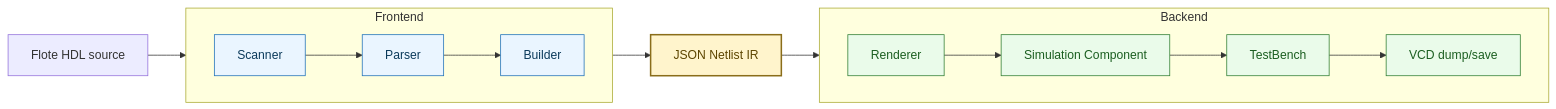
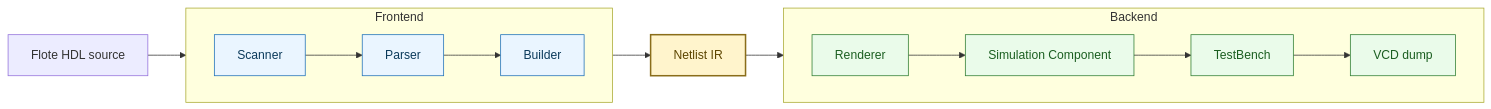
Before and after one commit to icarogabryel/flote: the diagram in README.md, drawn with Mermaid. The commit also changed other lines of this file and 1 other file, not shown here.

````diff
--- a/README.md
+++ b/README.md
@@ -43,29 +74,30 @@
 ```mermaid
 flowchart LR
-  A[Flote HDL source] --> B
+  A[Flote HDL source]
 
   subgraph FE[Frontend]
     direction LR
     B[Scanner] --> C[Parser]
     C --> D[Builder]
   end
 
-  D --> E[JSON Netlist IR]
+  A --> B
+  D --> E[Netlist IR]
 
   subgraph BE[Backend]
     direction LR
     F[Renderer] --> G[Simulation Component]
     G --> H[TestBench]
-    H --> I[VCD dump/save]
+    H --> I[VCD dump]
   end
 
   E --> F
 
   classDef frontend fill:#EAF5FF,stroke:#1D70B8,stroke-width:1px,color:#0B3A5B;
   classDef backend fill:#EAFBEA,stroke:#2E7D32,stroke-width:1px,color:#1B5E20;
   classDef bridge fill:#FFF4CC,stroke:#8A6D1A,stroke-width:2px,color:#5D4500;
 
   class B,C,D frontend;
   class F,G,H,I backend;
   class E bridge;
 ```
````
